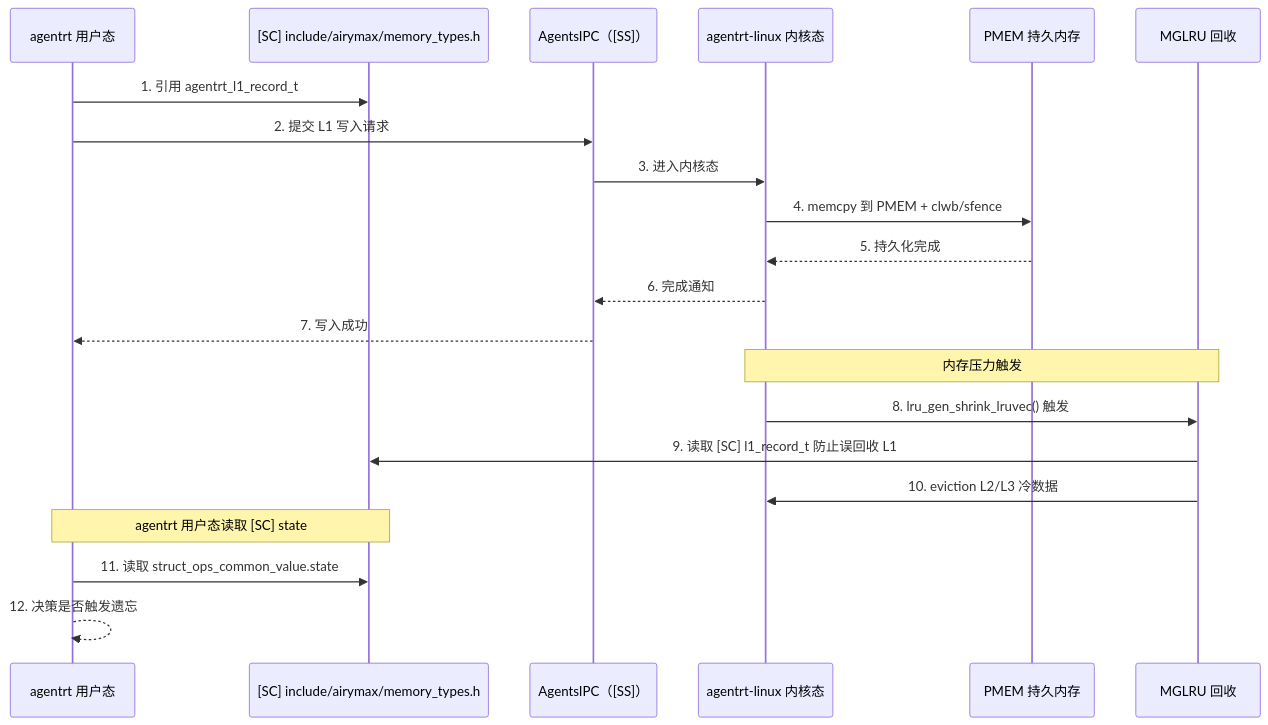
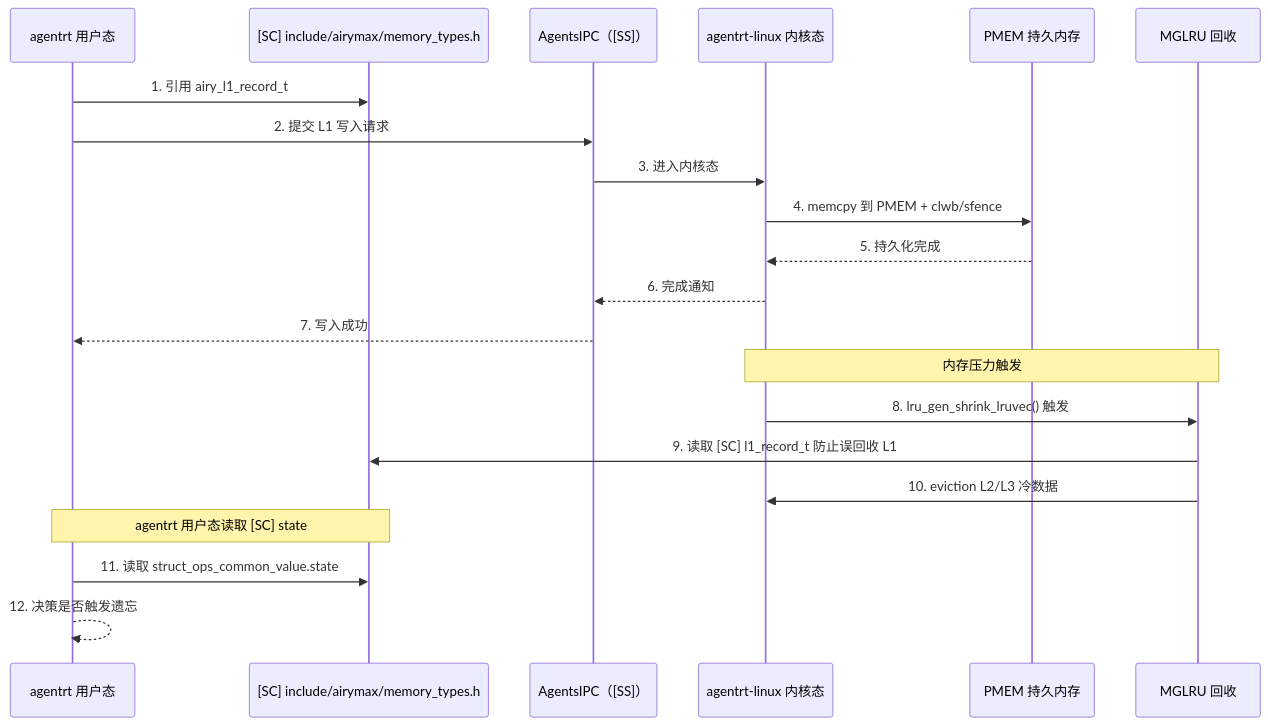
One commit to openairymax/docs-linux changed the ninth of 9 diagrams in 40-dataflows/02-memory-flow.md. Above: the diagram before and after it, drawn with Mermaid. The commit also changed other lines of this file and 132 other files, not shown here.

Commit message:
chore: 完成全项目命名空间从agentrt到airy的统一替换 本次提交完成了代码库中所有`agentrt_`相关命名空间、宏定义、标识符的统一替换，改为`airy_`前缀，同时完成了部分文档的排版优化与路径修正： 1. 替换了所有API函数、结构体、宏定义的命名前缀 2. 更新了文档中的示例代码与引用路径

````diff
--- a/40-dataflows/02-memory-flow.md
+++ b/40-dataflows/02-memory-flow.md
@@ -696,26 +696,26 @@
 ```mermaid
 sequenceDiagram
     participant AR as agentrt 用户态
     participant SC as [SC] include/airymax/memory_types.h
     participant IPC as AgentsIPC（[SS]）
     participant KR as agentrt-linux 内核态
     participant PMEM as PMEM 持久内存
     participant MGLRU as MGLRU 回收
     
-    AR->>SC: 1. 引用 agentrt_l1_record_t
+    AR->>SC: 1. 引用 airy_l1_record_t
     AR->>IPC: 2. 提交 L1 写入请求
     IPC->>KR: 3. 进入内核态
     KR->>PMEM: 4. memcpy 到 PMEM + clwb/sfence
     PMEM-->>KR: 5. 持久化完成
     KR-->>IPC: 6. 完成通知
     IPC-->>AR: 7. 写入成功
     
     Note over KR,MGLRU: 内存压力触发
     KR->>MGLRU: 8. lru_gen_shrink_lruvec() 触发
     MGLRU->>SC: 9. 读取 [SC] l1_record_t 防止误回收 L1
     MGLRU->>KR: 10. eviction L2/L3 冷数据
     
     Note over AR,SC: agentrt 用户态读取 [SC] state
     AR->>SC: 11. 读取 struct_ops_common_value.state
     AR-->>AR: 12. 决策是否触发遗忘
 ```
````
